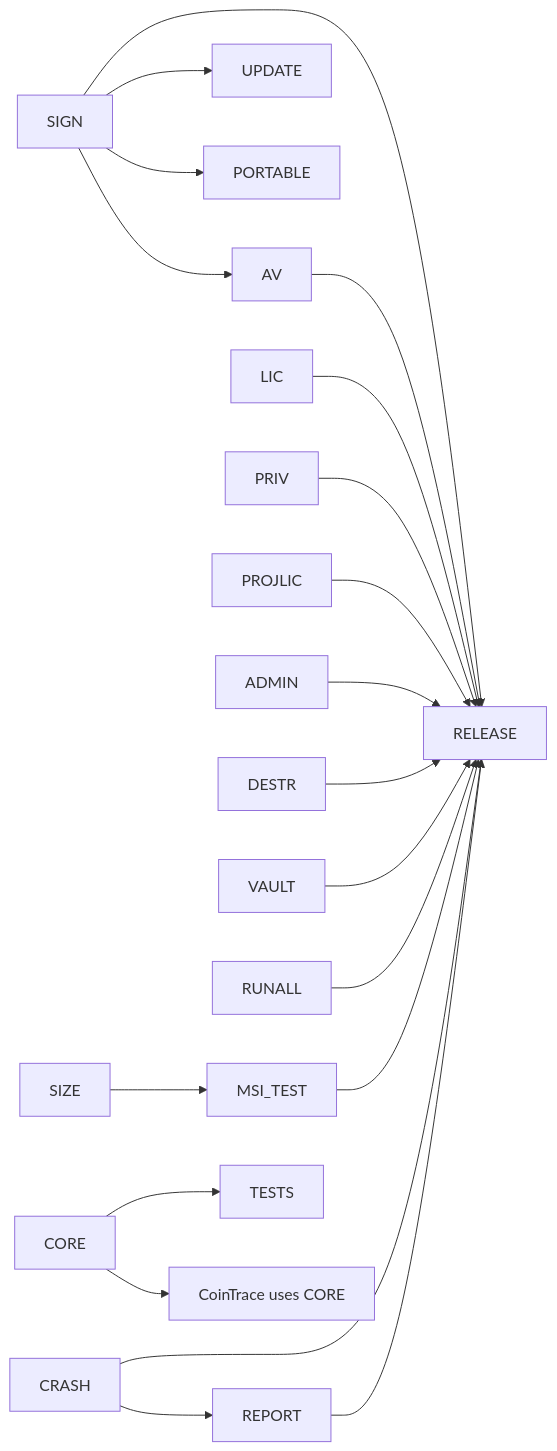
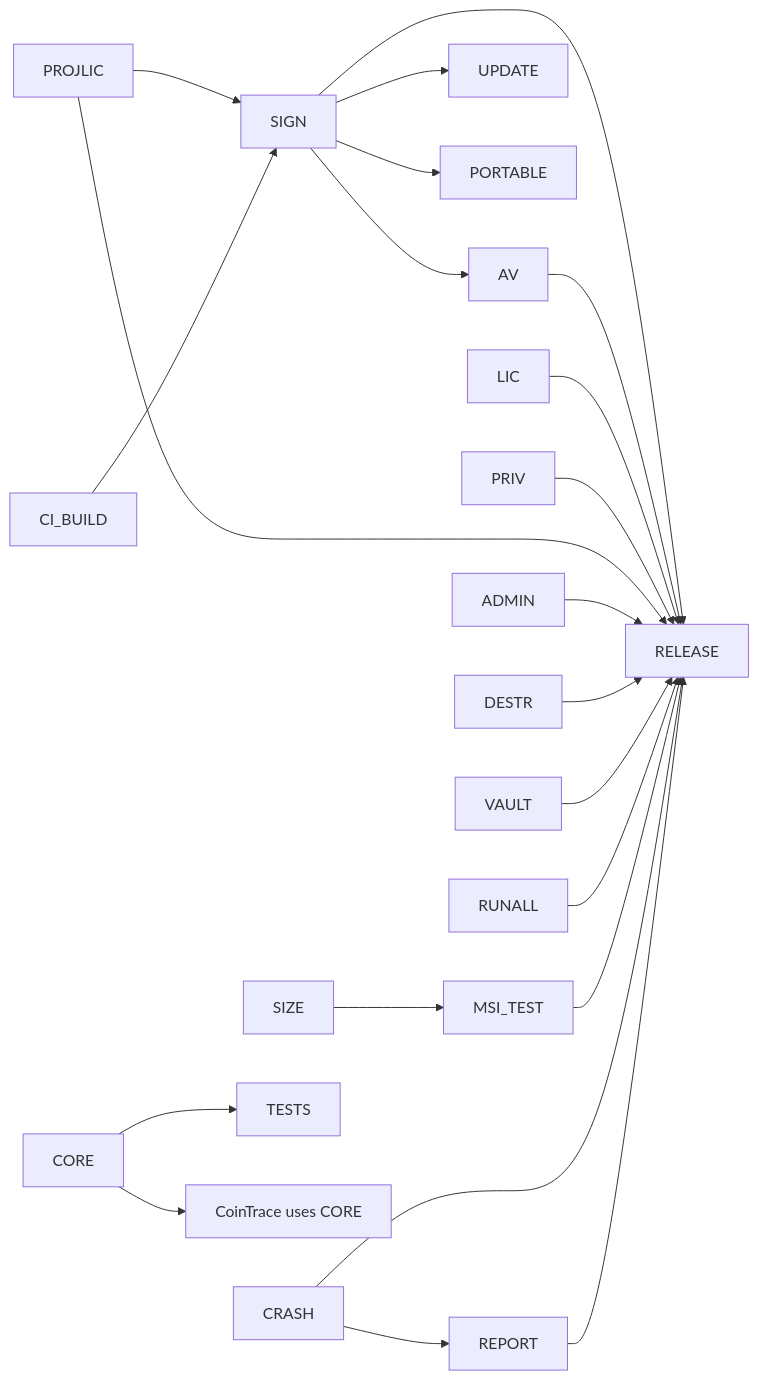
The diagram in PUBLIC_RELEASE_TODO.md (Dev-Alan-Isaac/Smart_Tools), drawn with Mermaid before and after one commit. The commit also changed other lines of this file and 1 other file, not shown here.

````diff
--- a/PUBLIC_RELEASE_TODO.md
+++ b/PUBLIC_RELEASE_TODO.md
@@ -12,22 +12,24 @@
 ```mermaid
 flowchart LR
+  PROJLIC --> SIGN
+  CI_BUILD --> SIGN
   SIGN --> AV
   SIGN --> UPDATE
   SIGN --> PORTABLE
   SIGN --> RELEASE
   AV --> RELEASE
   LIC --> RELEASE
   PRIV --> RELEASE
   PROJLIC --> RELEASE
   ADMIN --> RELEASE
   DESTR --> RELEASE
   VAULT --> RELEASE
   RUNALL --> RELEASE
   SIZE --> MSI_TEST
   MSI_TEST --> RELEASE
   CRASH --> REPORT
   CRASH --> RELEASE
   REPORT --> RELEASE
   CORE --> TESTS
   CORE --> CORE_SHARED["CoinTrace uses CORE"]
 ```
````
